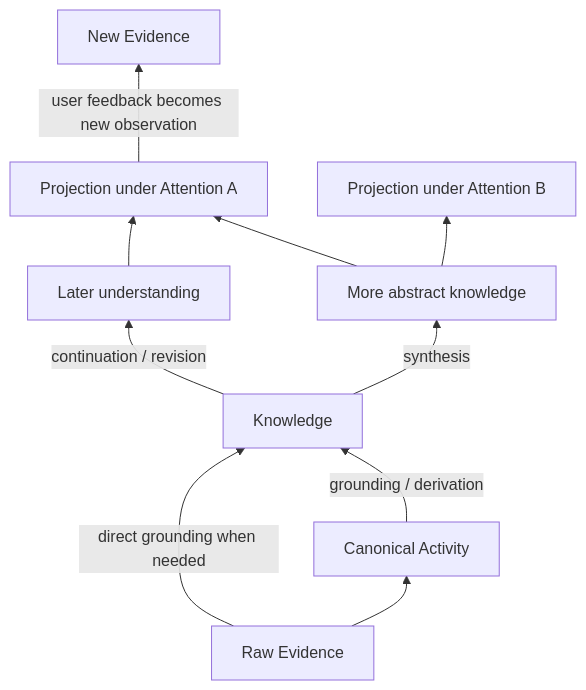
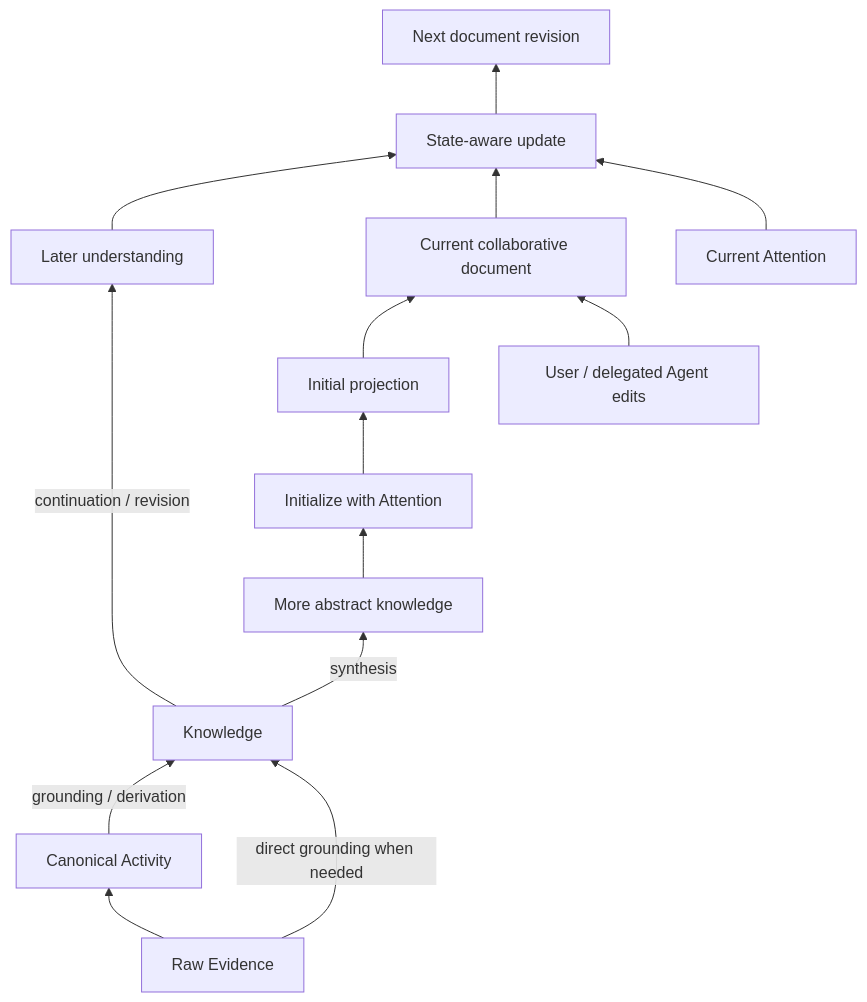
Before and after one commit to shore-x/oyster: the diagram in docs/architecture/knowledge-model-and-projection.md, drawn with Mermaid. The commit also changed other lines of this file and 4 other files, not shown here.

````diff
--- a/docs/architecture/knowledge-model-and-projection.md
+++ b/docs/architecture/knowledge-model-and-projection.md
@@ -63,12 +85,16 @@
 ```mermaid
 flowchart BT
   E1["Raw Evidence"] --> A["Canonical Activity"]
   A -->|"grounding / derivation"| K1["Knowledge"]
   E1 -->|"direct grounding when needed"| K1
   K1 -->|"synthesis"| K2["More abstract knowledge"]
   K1 -->|"continuation / revision"| K3["Later understanding"]
-  K2 --> P1["Projection under Attention A"]
-  K3 --> P1
-  K2 --> P2["Projection under Attention B"]
-  P1 -->|"user feedback becomes new observation"| E2["New Evidence"]
+  K2 --> I["Initialize with Attention"]
+  I --> P0["Initial projection"]
+  P0 --> Pn["Current collaborative document"]
+  U["User / delegated Agent edits"] --> Pn
+  K3 --> X["State-aware update"]
+  Pn --> X
+  AT["Current Attention"] --> X
+  X --> Pnext["Next document revision"]
 ```
````
